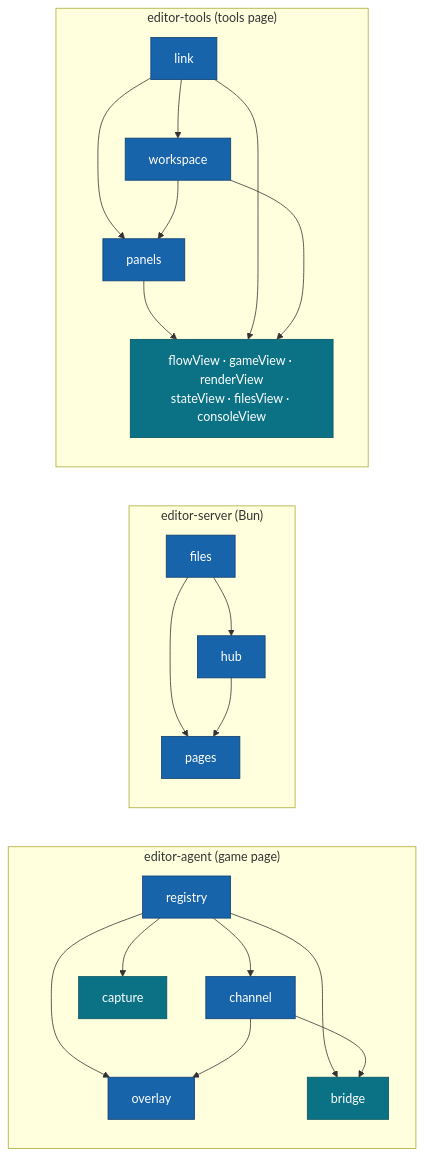
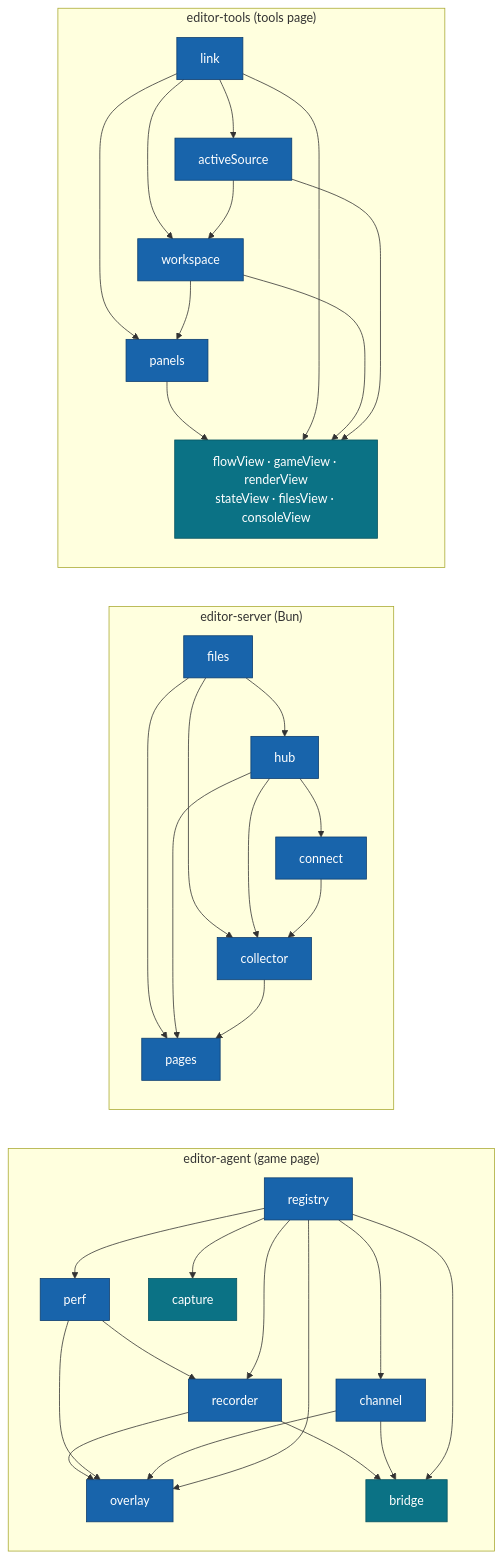
Before and after one commit to moku-labs/editor: the third of 5 diagrams in README.md, drawn with Mermaid. The commit also changed other lines of this file and 912 other files, not shown here.

````diff
--- a/README.md
+++ b/README.md
@@ -668,28 +945,42 @@
 ```mermaid
 flowchart LR
   subgraph agent ["editor-agent (game page)"]
     registry --> channel
+    registry --> perf
+    registry --> recorder
+    perf --> recorder
     registry --> overlay
     channel --> overlay
+    perf --> overlay
+    recorder --> overlay
     registry --> bridge
     channel --> bridge
+    recorder --> bridge
     registry --> capture
   end
   subgraph server ["editor-server (Bun)"]
     files --> hub
+    hub --> connect
+    files --> collector
+    hub --> collector
+    connect --> collector
     files --> pages
     hub --> pages
+    collector --> pages
   end
   subgraph tools ["editor-tools (tools page)"]
+    link --> activeSource
     link --> workspace
+    activeSource --> workspace
     link --> panels
     workspace --> panels
     panels --> views["flowView · gameView · renderView<br/>stateView · filesView · consoleView"]
     link --> views
     workspace --> views
+    activeSource --> views
   end
   classDef m fill:#1864ab,stroke:#0d3d6e,color:#fff;
   classDef u fill:#0b7285,stroke:#08525f,color:#fff;
-  class registry,channel,overlay,files,hub,pages,link,workspace,panels m
+  class registry,channel,perf,recorder,overlay,files,hub,connect,collector,pages,link,activeSource,workspace,panels m
   class bridge,capture,views u
 ```
````
